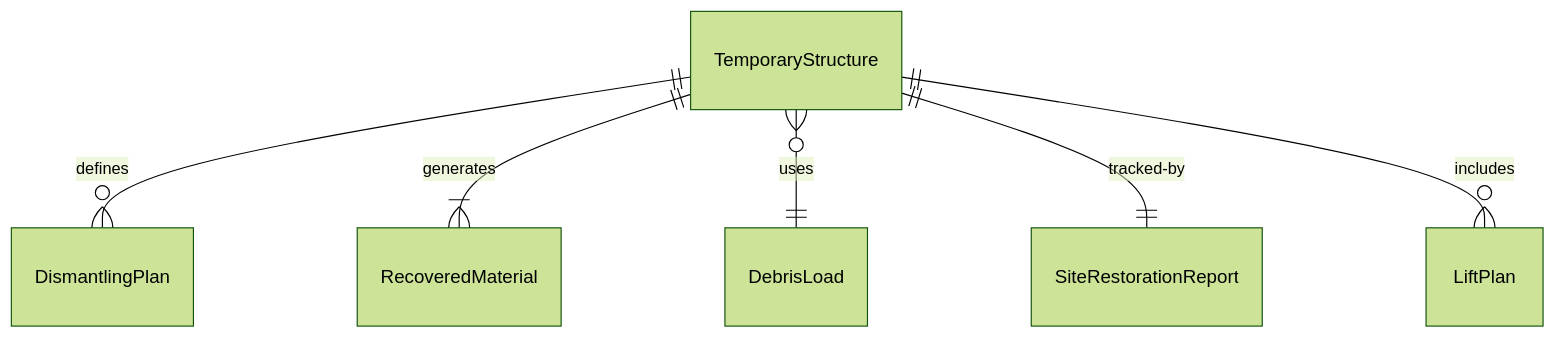
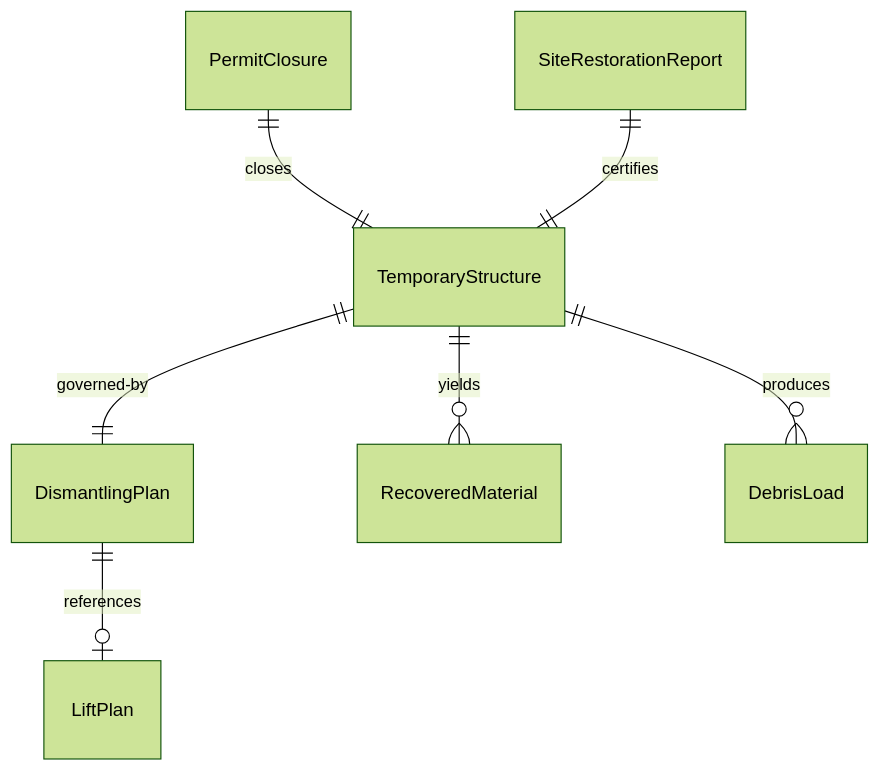
One commit to dot-org-ai/tasks.org.ai changed the first of 4 diagrams in HandlingAndMovingObjects/DisassembleEquipment/DismantleEquipmentTemporaryStructures.mdx. Above: the diagram before and after it, drawn with Mermaid (forest theme). The commit also changed other lines of this file and 515 other files, not shown here.

````diff
--- a/HandlingAndMovingObjects/DisassembleEquipment/DismantleEquipmentTemporaryStructures.mdx
+++ b/HandlingAndMovingObjects/DisassembleEquipment/DismantleEquipmentTemporaryStructures.mdx
@@ -89,8 +89,9 @@
 ```mermaid
 erDiagram
-    TemporaryStructure ||--o{ DismantlingPlan : "defines"
-    TemporaryStructure ||--|{ RecoveredMaterial : "generates"
-    TemporaryStructure }o--|| DebrisLoad : "uses"
-    TemporaryStructure ||--|| SiteRestorationReport : "tracked-by"
-    TemporaryStructure ||--o{ LiftPlan : "includes"
+    TemporaryStructure ||--|| DismantlingPlan : "governed-by"
+    DismantlingPlan ||--o| LiftPlan : "references"
+    TemporaryStructure ||--o{ RecoveredMaterial : "yields"
+    TemporaryStructure ||--o{ DebrisLoad : "produces"
+    PermitClosure ||--|| TemporaryStructure : "closes"
+    SiteRestorationReport ||--|| TemporaryStructure : "certifies"
 ```
````
